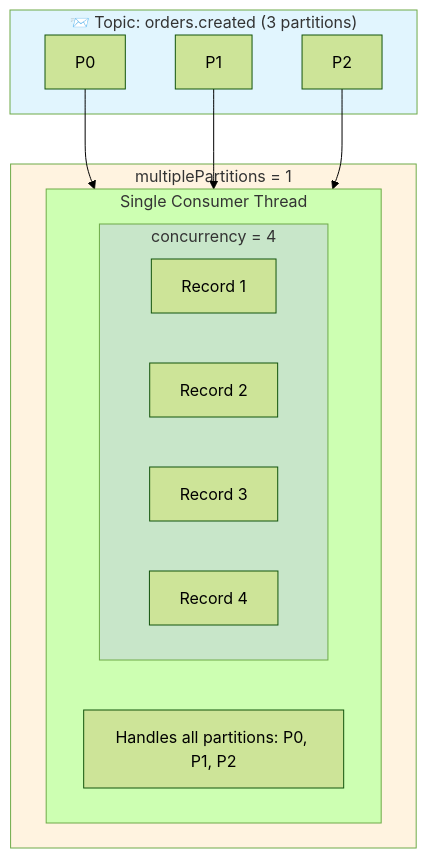
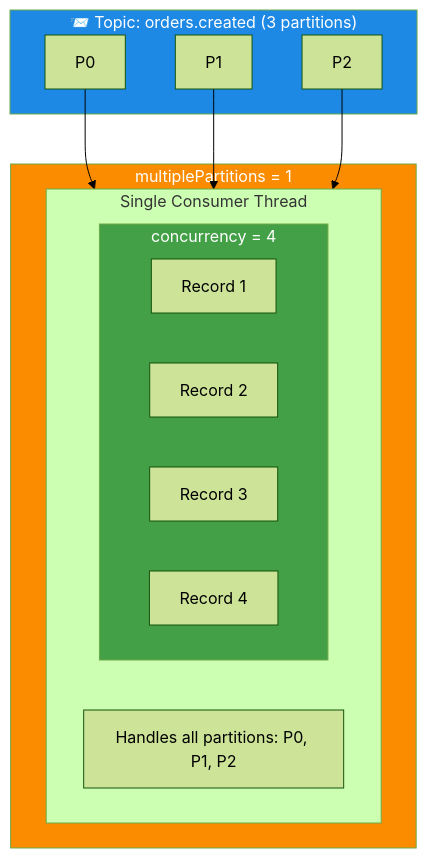
Before and after one commit to osoykan/kafka-kit: the first of 3 diagrams in README.md, drawn with Mermaid (forest theme). The commit also changed other lines of this file, not shown here.

````diff
--- a/README.md
+++ b/README.md
@@ -157,22 +157,22 @@
 ```mermaid
 flowchart TB
     subgraph Topic["📨 Topic: orders.created (3 partitions)"]
         P0[P0] & P1[P1] & P2[P2]
     end
 
     subgraph Container["multiplePartitions = 1"]
         subgraph C1["Single Consumer Thread"]
             C1P["Handles all partitions: P0, P1, P2"]
             subgraph C1Flow["concurrency = 4"]
                 direction LR
                 C1R1["Record 1"] & C1R2["Record 2"] & C1R3["Record 3"] & C1R4["Record 4"]
             end
         end
     end
 
     P0 & P1 & P2 --> C1
 
-    style Topic fill:#e1f5fe
-    style Container fill:#fff3e0
-    style C1Flow fill:#c8e6c9
+    style Topic fill:#1e88e5,color:#fff
+    style Container fill:#fb8c00,color:#fff
+    style C1Flow fill:#43a047,color:#fff
 ```
````
